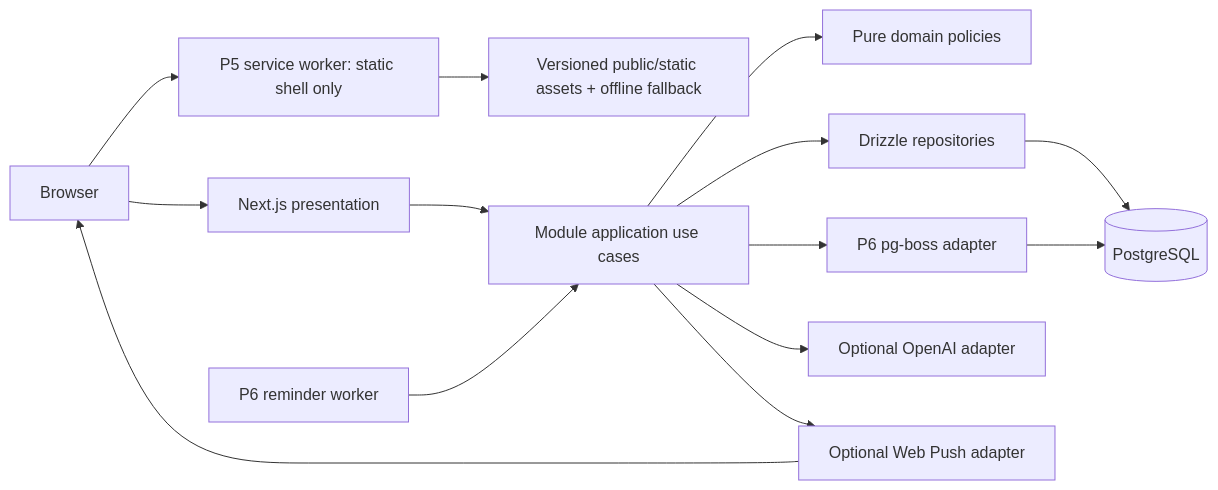
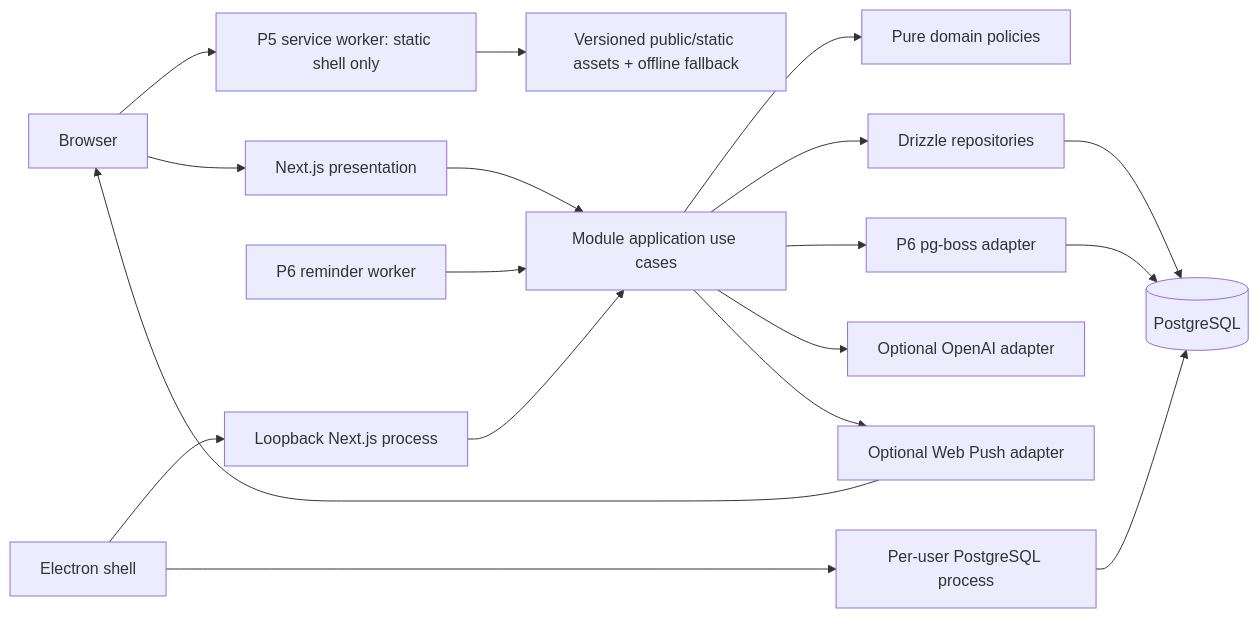
The first of 2 diagrams in docs/ARCHITECTURE.md (felixfirefighter/opentask), drawn with Mermaid before and after one commit. The commit also changed other lines of this file and 39 other files, not shown here.

````diff
--- a/docs/ARCHITECTURE.md
+++ b/docs/ARCHITECTURE.md
@@ -5,16 +5,20 @@
 ```mermaid
 flowchart LR
     BROWSER["Browser"] --> PRES["Next.js presentation"]
     BROWSER --> SW["P5 service worker: static shell only"]
     SW --> STATIC["Versioned public/static assets + offline fallback"]
     PRES --> APP["Module application use cases"]
     WORKER["P6 reminder worker"] --> APP
     APP --> DOM["Pure domain policies"]
     APP --> DBI["Drizzle repositories"]
     DBI --> PG[("PostgreSQL")]
     APP --> JOBS["P6 pg-boss adapter"]
     JOBS --> PG
     APP --> OAI["Optional OpenAI adapter"]
     APP --> PUSH["Optional Web Push adapter"]
     PUSH --> BROWSER
+    ELECTRON["Electron shell"] --> LOCALNEXT["Loopback Next.js process"]
+    ELECTRON --> LOCALPG["Per-user PostgreSQL process"]
+    LOCALNEXT --> APP
+    LOCALPG --> PG
 ```
````
